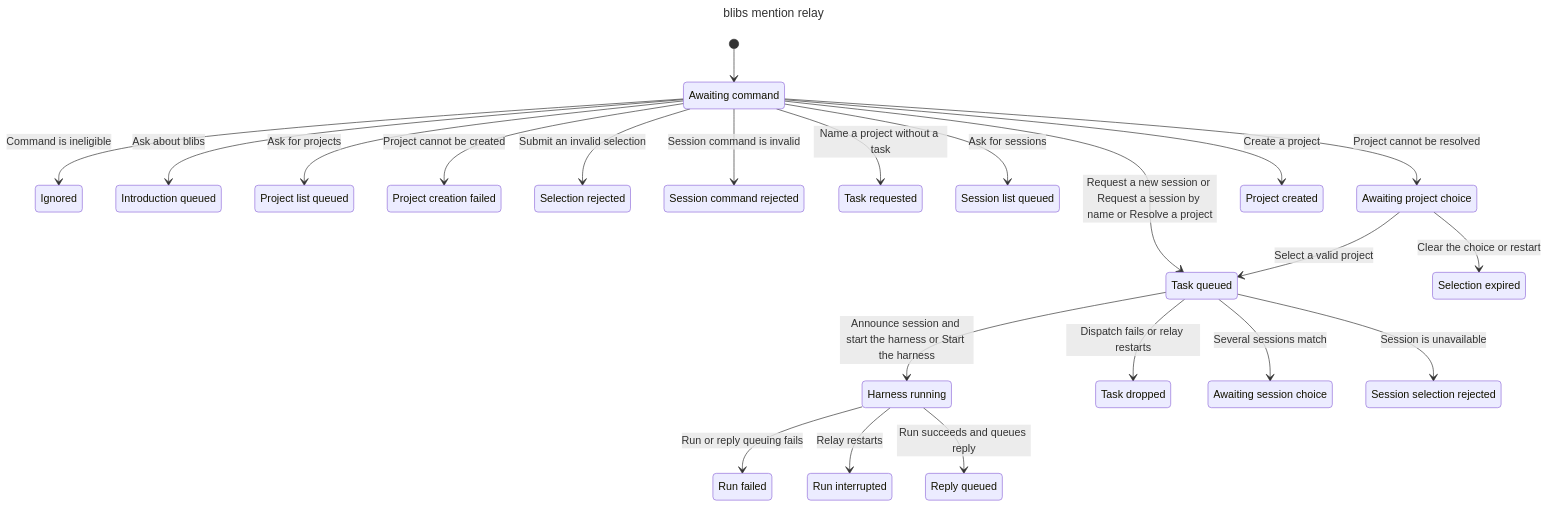
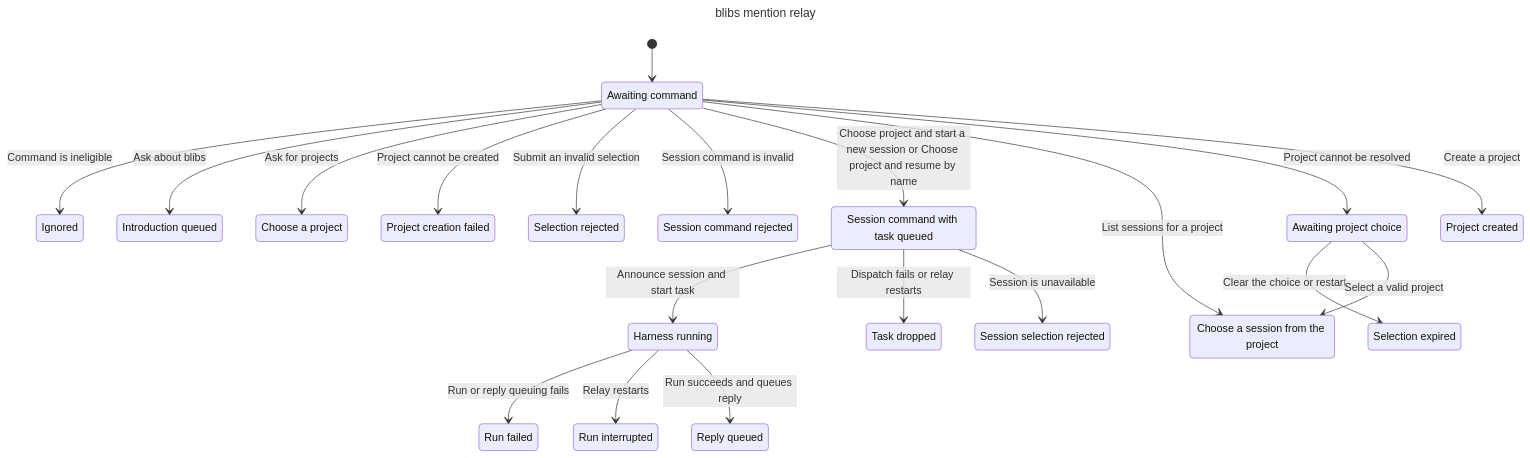
The second of 2 diagrams in tests/specs/MentionRelay.chart.md (gurjas-s/blibs), drawn with Mermaid before and after one commit. The commit also changed other lines of this file and 15 other files, not shown here.

Commit message:
Require explicit sessions for harness tasks

````diff
--- a/tests/specs/MentionRelay.chart.md
+++ b/tests/specs/MentionRelay.chart.md
@@ -8,47 +21,43 @@
 ```mermaid
 ---
 title: "blibs mention relay"
 ---
 stateDiagram-v2
   s0: Awaiting command
   s1: Ignored
   s2: Introduction queued
-  s3: Project list queued
+  s3: Choose a project
   s4: Project creation failed
   s5: Selection rejected
   s6: Session command rejected
-  s7: Task requested
-  s8: Task queued
-  s9: Session list queued
-  s10: Awaiting project choice
-  s11: Harness running
-  s12: Project created
-  s13: Task dropped
-  s14: Selection expired
-  s15: Awaiting session choice
-  s16: Session selection rejected
-  s17: Run failed
-  s18: Run interrupted
-  s19: Reply queued
+  s7: Session command with task queued
+  s8: Choose a session from the project
+  s9: Awaiting project choice
+  s10: Harness running
+  s11: Project created
+  s12: Task dropped
+  s13: Selection expired
+  s14: Session selection rejected
+  s15: Run failed
+  s16: Run interrupted
+  s17: Reply queued
   [*] --> s0
   s0 --> s1: Command is ineligible
   s0 --> s2: Ask about blibs
   s0 --> s3: Ask for projects
   s0 --> s4: Project cannot be created
   s0 --> s5: Submit an invalid selection
   s0 --> s6: Session command is invalid
-  s0 --> s7: Name a project without a task
-  s0 --> s8: Request a new session or Request a session by name or Resolve a project
-  s0 --> s9: Ask for sessions
-  s0 --> s10: Project cannot be resolved
-  s8 --> s11: Announce session and start the harness or Start the harness
-  s8 --> s13: Dispatch fails or relay restarts
-  s8 --> s16: Session is unavailable
-  s8 --> s15: Several sessions match
-  s10 --> s14: Clear the choice or restart
-  s10 --> s8: Select a valid project
-  s0 --> s12: Create a project
-  s11 --> s17: Run or reply queuing fails
-  s11 --> s18: Relay restarts
-  s11 --> s19: Run succeeds and queues reply
+  s0 --> s7: Choose project and start a new session or Choose project and resume by name
+  s0 --> s8: List sessions for a project
+  s0 --> s9: Project cannot be resolved
+  s7 --> s10: Announce session and start task
+  s7 --> s12: Dispatch fails or relay restarts
+  s7 --> s14: Session is unavailable
+  s9 --> s13: Clear the choice or restart
+  s9 --> s8: Select a valid project
+  s0 --> s11: Create a project
+  s10 --> s15: Run or reply queuing fails
+  s10 --> s16: Relay restarts
+  s10 --> s17: Run succeeds and queues reply
 ```
````
